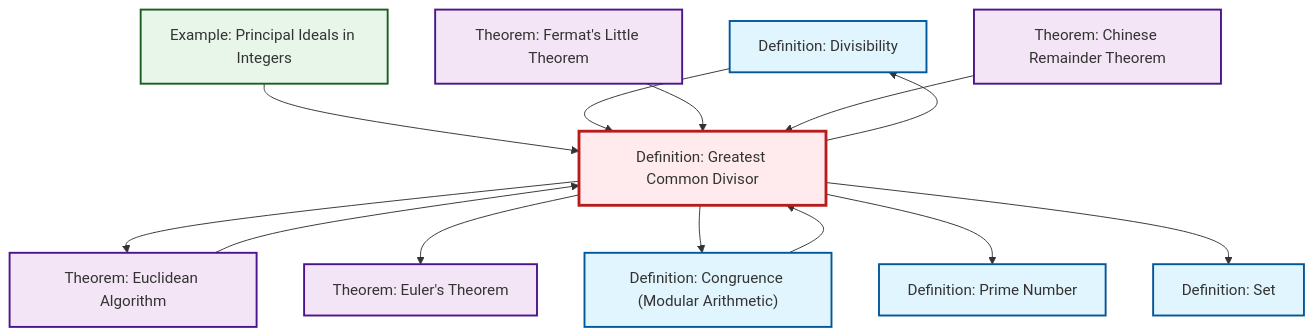
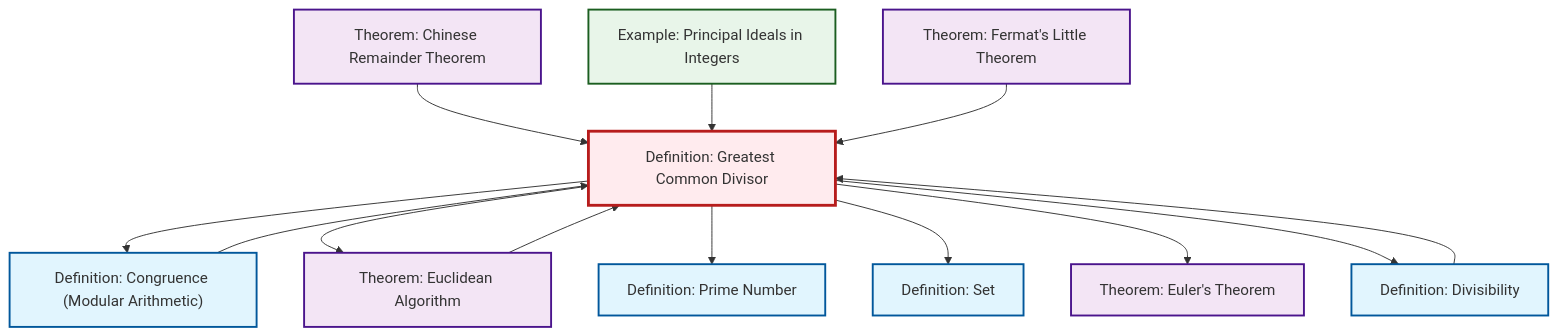
The second of 2 diagrams in content/en/number-theory/def-gcd.qmd (RK0429/ModernMath), drawn with Mermaid before and after one commit. The commit also changed other lines of this file and 597 other files, not shown here.

````diff
--- a/content/en/number-theory/def-gcd.qmd
+++ b/content/en/number-theory/def-gcd.qmd
@@ -92,41 +92,41 @@
 ```{mermaid}
 %%| fig-cap: "Local dependency graph"
 graph TD
     classDef definition fill:#e1f5fe,stroke:#01579b,stroke-width:2px
     classDef theorem fill:#f3e5f5,stroke:#4a148c,stroke-width:2px
     classDef axiom fill:#fff3e0,stroke:#e65100,stroke-width:2px
     classDef example fill:#e8f5e9,stroke:#1b5e20,stroke-width:2px
     classDef current fill:#ffebee,stroke:#b71c1c,stroke-width:3px
+    thm-euler["Theorem: Euler's Theorem"]:::theorem
+    def-gcd["Definition: Greatest Common Divisor"]:::definition
+    def-congruence["Definition: Congruence (Modular Arithmetic)"]:::definition
+    thm-fermat-little["Theorem: Fermat's Little Theorem"]:::theorem
+    ex-principal-ideal["Example: Principal Ideals in Integers"]:::example
+    def-set["Definition: Set"]:::definition
+    thm-chinese-remainder["Theorem: Chinese Remainder Theorem"]:::theorem
+    thm-euclidean-algorithm["Theorem: Euclidean Algorithm"]:::theorem
+    def-prime["Definition: Prime Number"]:::definition
     def-divisibility["Definition: Divisibility"]:::definition
-    thm-euclidean-algorithm["Theorem: Euclidean Algorithm"]:::theorem
-    thm-chinese-remainder["Theorem: Chinese Remainder Theorem"]:::theorem
-    def-prime["Definition: Prime Number"]:::definition
-    def-congruence["Definition: Congruence (Modular Arithmetic)"]:::definition
-    thm-euler["Theorem: Euler's Theorem"]:::theorem
-    ex-principal-ideal["Example: Principal Ideals in Integers"]:::example
-    def-gcd["Definition: Greatest Common Divisor"]:::definition
-    def-set["Definition: Set"]:::definition
-    thm-fermat-little["Theorem: Fermat's Little Theorem"]:::theorem
+    thm-chinese-remainder --> def-gcd
+    def-gcd --> def-congruence
     def-gcd --> thm-euclidean-algorithm
+    thm-euclidean-algorithm --> def-gcd
+    def-gcd --> def-prime
+    def-gcd --> def-set
     def-gcd --> thm-euler
+    def-divisibility --> def-gcd
+    def-congruence --> def-gcd
+    def-gcd --> def-divisibility
     ex-principal-ideal --> def-gcd
-    def-gcd --> def-congruence
-    thm-euclidean-algorithm --> def-gcd
-    def-divisibility --> def-gcd
     thm-fermat-little --> def-gcd
-    def-gcd --> def-prime
-    def-gcd --> def-divisibility
-    thm-chinese-remainder --> def-gcd
-    def-gcd --> def-set
-    def-congruence --> def-gcd
     class def-gcd current
-    click def-divisibility "def-divisibility.html" "Go to Divisibility definition"
-    click thm-euclidean-algorithm "thm-euclidean-algorithm.html" "Go to Euclidean Algorithm theorem"
-    click thm-chinese-remainder "thm-chinese-remainder.html" "Go to Chinese Remainder Theorem theorem"
-    click def-prime "def-prime.html" "Go to Prime Number definition"
+    click thm-euler "thm-euler.html" "Go to Euler's Theorem theorem"
     click def-congruence "def-congruence.html" "Go to Congruence (Modular Arithmetic) definition"
-    click thm-euler "thm-euler.html" "Go to Euler's Theorem theorem"
+    click thm-fermat-little "thm-fermat-little.html" "Go to Fermat's Little Theorem theorem"
     click ex-principal-ideal "ex-principal-ideal.html" "Go to Principal Ideals in Integers example"
     click def-set "def-set.html" "Go to Set definition"
-    click thm-fermat-little "thm-fermat-little.html" "Go to Fermat's Little Theorem theorem"
+    click thm-chinese-remainder "thm-chinese-remainder.html" "Go to Chinese Remainder Theorem theorem"
+    click thm-euclidean-algorithm "thm-euclidean-algorithm.html" "Go to Euclidean Algorithm theorem"
+    click def-prime "def-prime.html" "Go to Prime Number definition"
+    click def-divisibility "def-divisibility.html" "Go to Divisibility definition"
 ```
````
